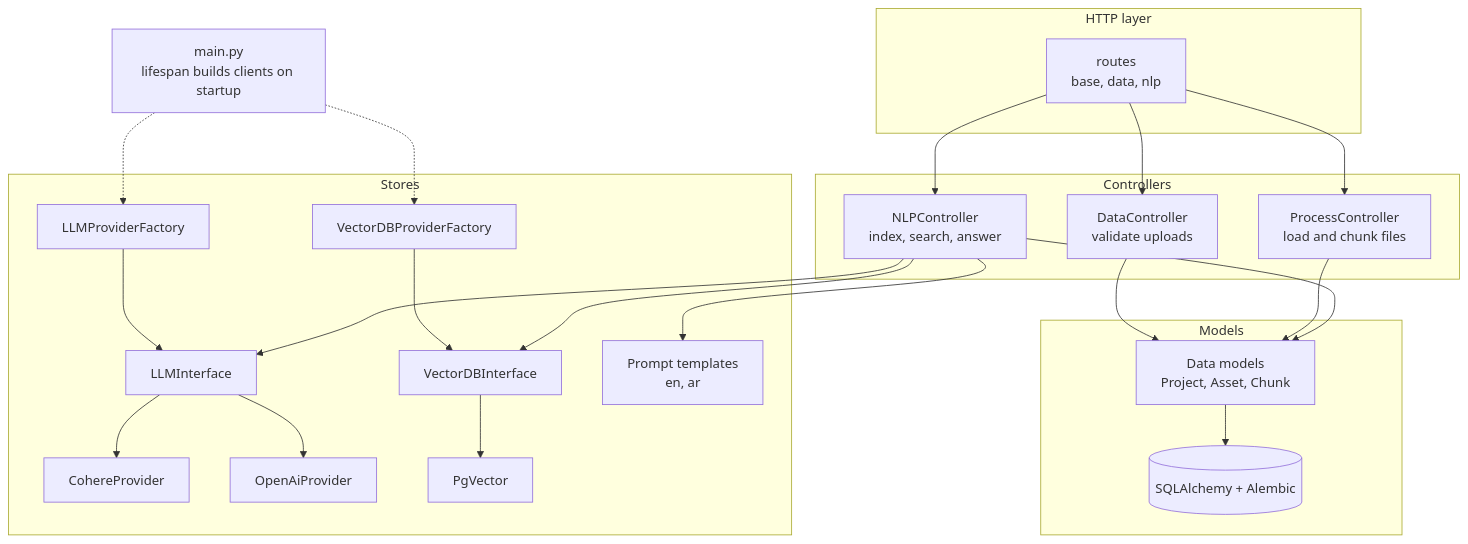
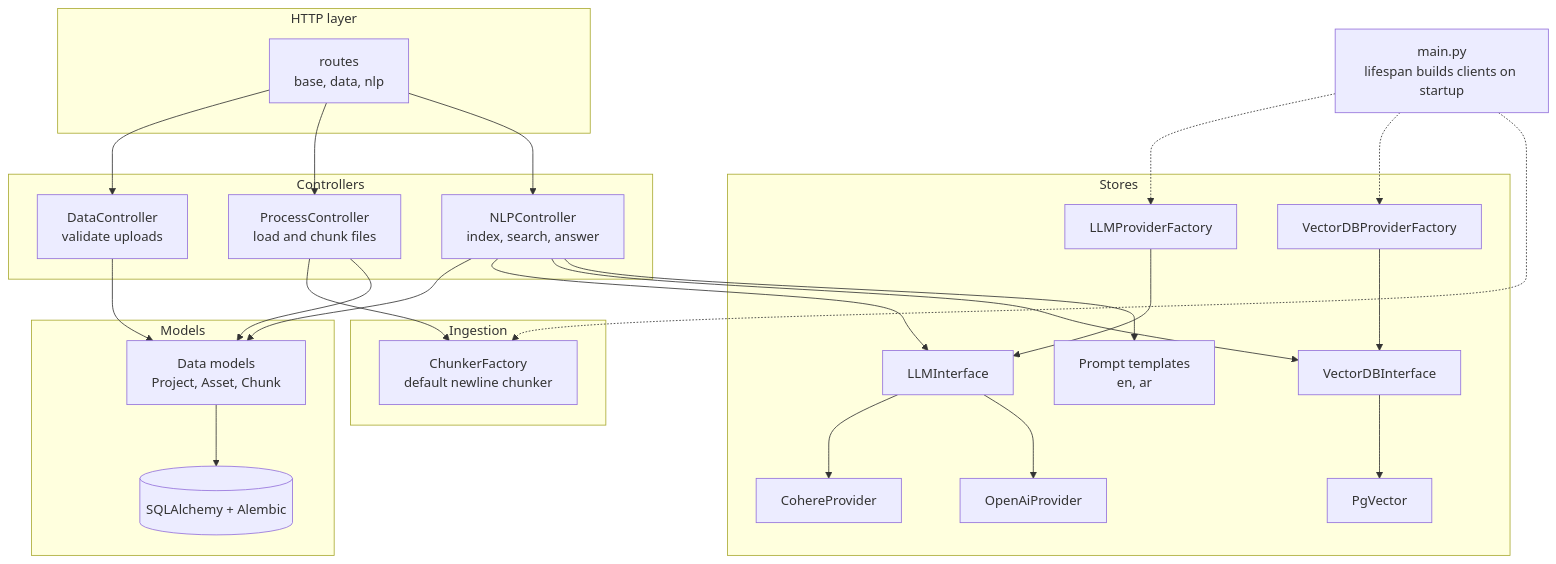
Before and after one commit to ElsebaiyMohamed/MiniRag_26: the second of 6 diagrams in README.md, drawn with Mermaid. The commit also changed other lines of this file and 4 other files, not shown here.

````diff
--- a/README.md
+++ b/README.md
@@ -91,33 +91,38 @@
 ```mermaid
 flowchart TB
     main["main.py<br/>lifespan builds clients on startup"]
 
     subgraph http["HTTP layer"]
         routes["routes<br/>base, data, nlp"]
     end
 
     subgraph logic["Controllers"]
         dc["DataController<br/>validate uploads"]
         pc["ProcessController<br/>load and chunk files"]
         nc["NLPController<br/>index, search, answer"]
+    end
+
+    subgraph ingestion["Ingestion"]
+        cf["ChunkerFactory<br/>default newline chunker"]
     end
 
     subgraph persistence["Models"]
         dm["Data models<br/>Project, Asset, Chunk"]
         orm[("SQLAlchemy + Alembic")]
     end
 
     subgraph stores["Stores"]
         llmf["LLMProviderFactory"] --> llmi["LLMInterface"]
         llmi --> cohere["CohereProvider"]
         llmi --> openai["OpenAiProvider"]
         vf["VectorDBProviderFactory"] --> vi["VectorDBInterface"]
         vi --> pgv["PgVector"]
         tpl["Prompt templates<br/>en, ar"]
     end
 
     routes --> dc & pc & nc
+    pc --> cf
     dc & pc & nc --> dm --> orm
     nc --> llmi & vi & tpl
-    main -.-> llmf & vf
+    main -.-> llmf & vf & cf
 ```
````
